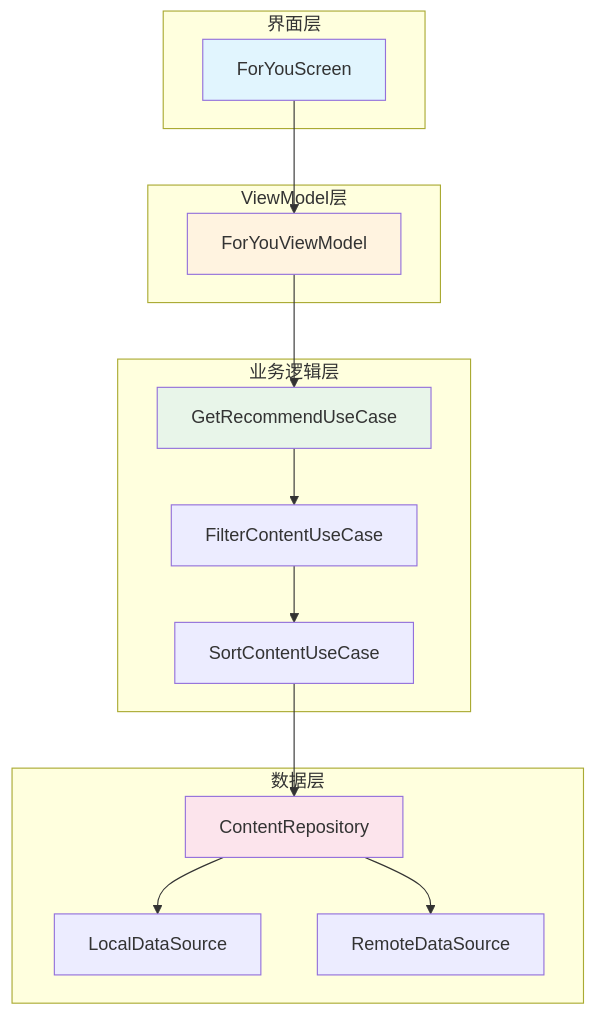
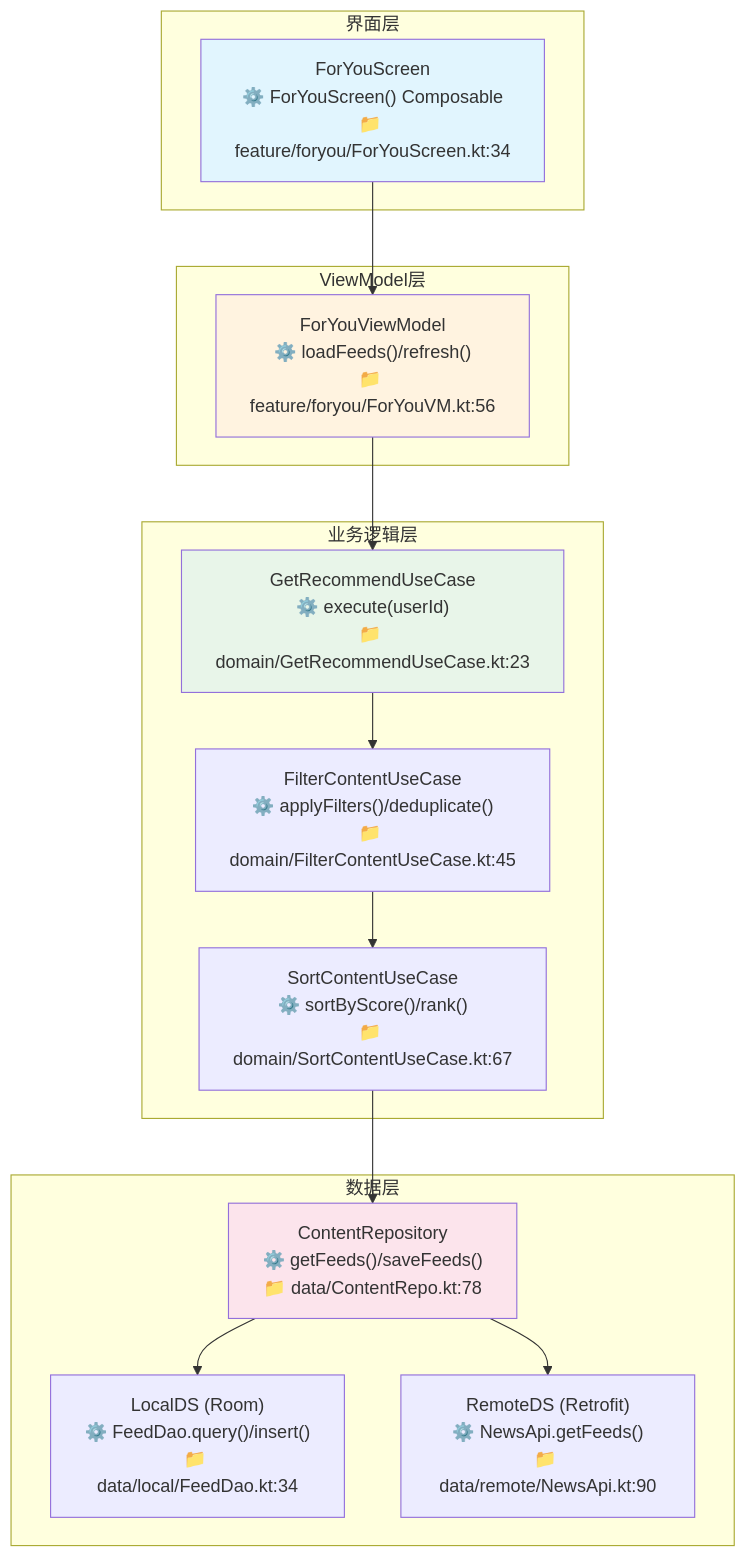
The sixth of 7 diagrams in references/android-template.md (CaostGrace/project-arch-reverse), drawn with Mermaid before and after one commit. The commit also changed other lines of this file and 11 other files, not shown here.

Commit message:
feat: 为全部平台模板补充主要业务流程图章节，新增3072行代码示例，覆盖flutter/harmonyos/ios/java-backend/nodejs/react/vue七个平台，含Mermaid流程图、时序图、分层架构流程及业务流程汇总表

````diff
--- a/references/android-template.md
+++ b/references/android-template.md
@@ -207,35 +385,35 @@
 ```mermaid
 flowchart TB
     subgraph UI[界面层]
-        FORYOU_SCREEN[ForYouScreen]
+        FORYOU_SCREEN["ForYouScreen<br/>⚙️ ForYouScreen() Composable<br/>📁 feature/foryou/ForYouScreen.kt:34"]
     end
 
     subgraph VM[ViewModel层]
-        FORYOU_VM[ForYouViewModel]
+        FORYOU_VM["ForYouViewModel<br/>⚙️ loadFeeds()/refresh()<br/>📁 feature/foryou/ForYouVM.kt:56"]
     end
 
     subgraph UseCase[业务逻辑层]
-        GET_RECOMMEND[GetRecommendUseCase]
-        FILTER_CONTENT[FilterContentUseCase]
-        SORT_CONTENT[SortContentUseCase]
+        GET_RECOMMEND["GetRecommendUseCase<br/>⚙️ execute(userId)<br/>📁 domain/GetRecommendUseCase.kt:23"]
+        FILTER_CONTENT["FilterContentUseCase<br/>⚙️ applyFilters()/deduplicate()<br/>📁 domain/FilterContentUseCase.kt:45"]
+        SORT_CONTENT["SortContentUseCase<br/>⚙️ sortByScore()/rank()<br/>📁 domain/SortContentUseCase.kt:67"]
     end
 
     subgraph Data[数据层]
-        REPO[ContentRepository]
-        LOCAL_DS[LocalDataSource]
-        REMOTE_DS[RemoteDataSource]
+        REPO["ContentRepository<br/>⚙️ getFeeds()/saveFeeds()<br/>📁 data/ContentRepo.kt:78"]
+        LOCAL_DS["LocalDS (Room)<br/>⚙️ FeedDao.query()/insert()<br/>📁 data/local/FeedDao.kt:34"]
+        REMOTE_DS["RemoteDS (Retrofit)<br/>⚙️ NewsApi.getFeeds()<br/>📁 data/remote/NewsApi.kt:90"]
     end
 
     FORYOU_SCREEN --> FORYOU_VM
     FORYOU_VM --> GET_RECOMMEND
     GET_RECOMMEND --> FILTER_CONTENT
     FILTER_CONTENT --> SORT_CONTENT
     SORT_CONTENT --> REPO
     REPO --> LOCAL_DS
     REPO --> REMOTE_DS
 
     style FORYOU_SCREEN fill:#e1f5fe
     style FORYOU_VM fill:#fff3e0
     style GET_RECOMMEND fill:#e8f5e9
     style REPO fill:#fce4ec
 ```
````
